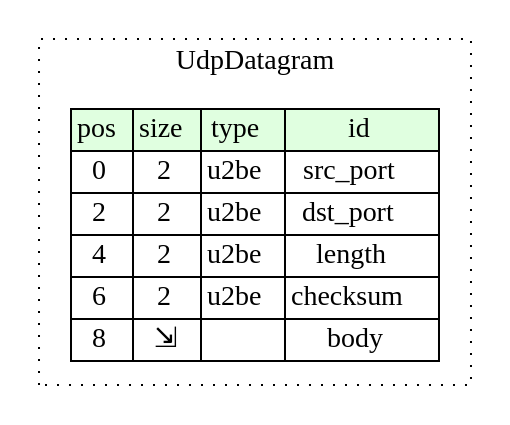
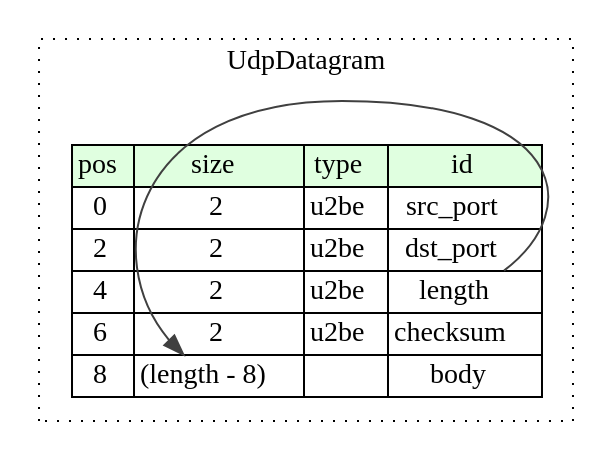
One commit to kaitai-io/formats-kaitai-io.github.io changed the diagram in udp_datagram/src/graphviz/udp_datagram.dot. Above: the diagram before and after it, drawn with Graphviz. The commit also changed 2440 other files, not shown here.

```diff
--- a/udp_datagram/src/graphviz/udp_datagram.dot
+++ b/udp_datagram/src/graphviz/udp_datagram.dot
@@ -1,17 +1,18 @@
 digraph {
 	rankdir=LR;
 	node [shape=plaintext];
 	subgraph cluster__udp_datagram {
 		label="UdpDatagram";
 		graph[style=dotted];
 
 		udp_datagram__seq [label=<<TABLE BORDER="0" CELLBORDER="1" CELLSPACING="0">
 			<TR><TD BGCOLOR="#E0FFE0">pos</TD><TD BGCOLOR="#E0FFE0">size</TD><TD BGCOLOR="#E0FFE0">type</TD><TD BGCOLOR="#E0FFE0">id</TD></TR>
 			<TR><TD PORT="src_port_pos">0</TD><TD PORT="src_port_size">2</TD><TD>u2be</TD><TD PORT="src_port_type">src_port</TD></TR>
 			<TR><TD PORT="dst_port_pos">2</TD><TD PORT="dst_port_size">2</TD><TD>u2be</TD><TD PORT="dst_port_type">dst_port</TD></TR>
 			<TR><TD PORT="length_pos">4</TD><TD PORT="length_size">2</TD><TD>u2be</TD><TD PORT="length_type">length</TD></TR>
 			<TR><TD PORT="checksum_pos">6</TD><TD PORT="checksum_size">2</TD><TD>u2be</TD><TD PORT="checksum_type">checksum</TD></TR>
-			<TR><TD PORT="body_pos">8</TD><TD PORT="body_size">⇲</TD><TD></TD><TD PORT="body_type">body</TD></TR>
+			<TR><TD PORT="body_pos">8</TD><TD PORT="body_size">(length - 8)</TD><TD></TD><TD PORT="body_type">body</TD></TR>
 		</TABLE>>];
 	}
+	udp_datagram__seq:length_type -> udp_datagram__seq:body_size [color="#404040"];
 }
```
